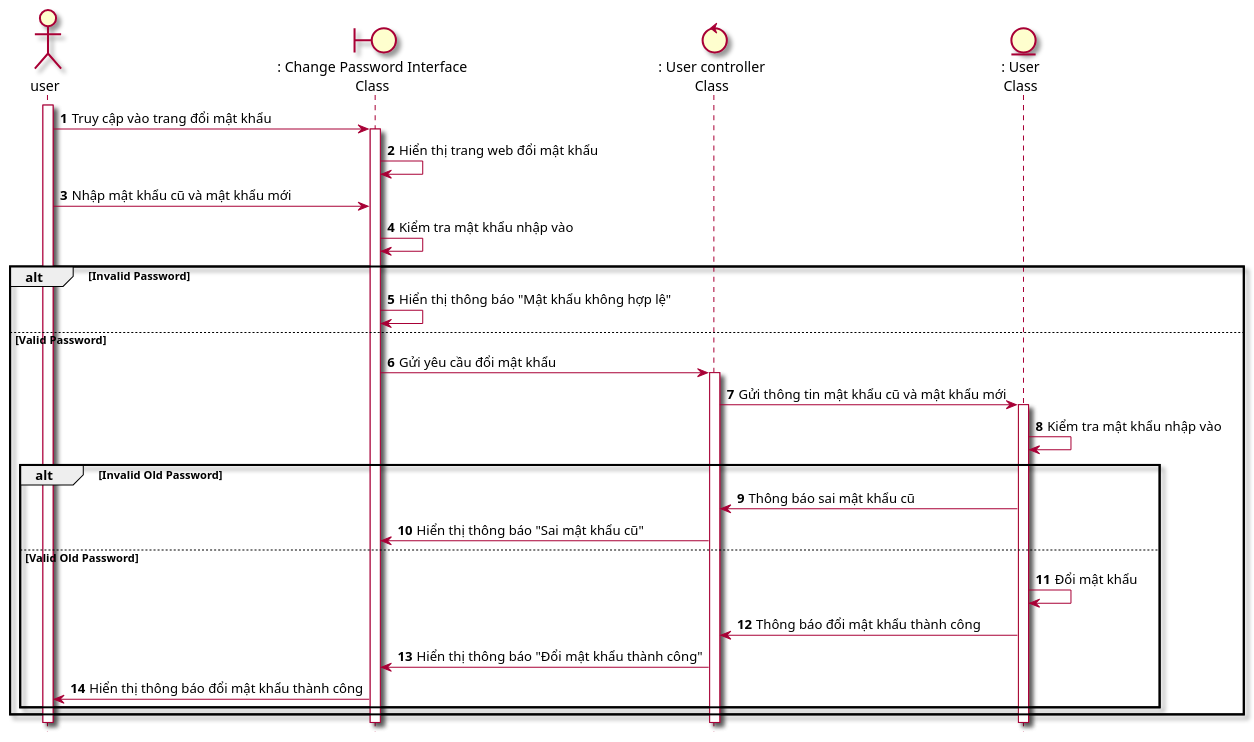
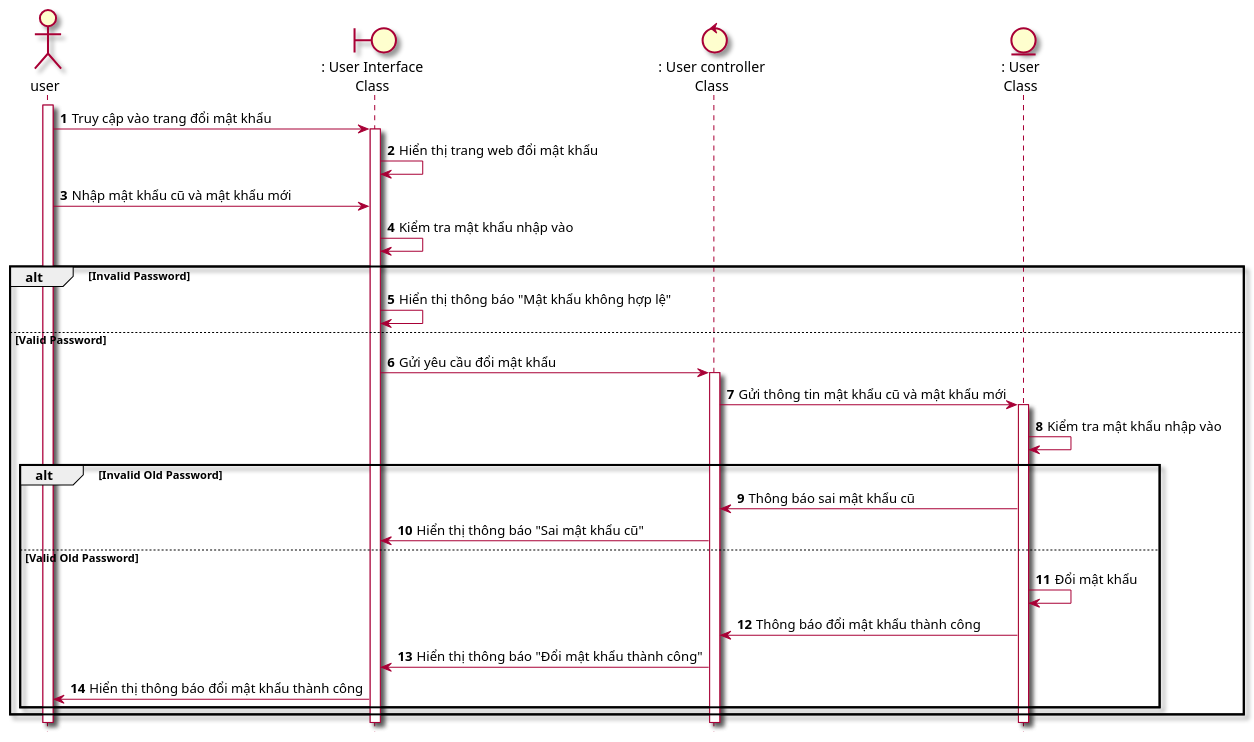
The diagram in Lab1/Lab 1.2 Diagram/Sequence/FilePUML/6.3 SeqDoiMatKhau.puml (Griselda4774/EAS-EmploymentAssistanceSystem), drawn with PlantUML before and after one commit. The commit also changed 9 other files, not shown here.

```diff
--- a/Lab1/Lab 1.2 Diagram/Sequence/FilePUML/6.3 SeqDoiMatKhau.puml
+++ b/Lab1/Lab 1.2 Diagram/Sequence/FilePUML/6.3 SeqDoiMatKhau.puml
@@ -1,30 +1,30 @@
 @startuml SeqDoiMatKhau
 skin rose 
 hide footbox
 actor user 
-boundary changePassInterface as ": Change Password Interface\nClass"
+boundary userInterface as ": User Interface\nClass"
 control userController as ": User controller\nClass"
 entity User as ": User\nClass"
 autonumber
 user++
-user -> changePassInterface++: Truy cập vào trang đổi mật khẩu
-changePassInterface-> changePassInterface: Hiển thị trang web đổi mật khẩu 
-user -> changePassInterface: Nhập mật khẩu cũ và mật khẩu mới 
-changePassInterface -> changePassInterface: Kiểm tra mật khẩu nhập vào 
+user -> userInterface++: Truy cập vào trang đổi mật khẩu
+userInterface-> userInterface: Hiển thị trang web đổi mật khẩu 
+user -> userInterface: Nhập mật khẩu cũ và mật khẩu mới 
+userInterface -> userInterface: Kiểm tra mật khẩu nhập vào 
 alt Invalid Password
-changePassInterface -> changePassInterface: Hiển thị thông báo "Mật khẩu không hợp lệ"
+userInterface -> userInterface: Hiển thị thông báo "Mật khẩu không hợp lệ"
 else Valid Password
-changePassInterface -> userController++ : Gửi yêu cầu đổi mật khẩu
+userInterface -> userController++ : Gửi yêu cầu đổi mật khẩu
 userController -> User++: Gửi thông tin mật khẩu cũ và mật khẩu mới
 User -> User: Kiểm tra mật khẩu nhập vào 
 alt Invalid Old Password
 User -> userController: Thông báo sai mật khẩu cũ
-userController -> changePassInterface: Hiển thị thông báo "Sai mật khẩu cũ"
+userController -> userInterface: Hiển thị thông báo "Sai mật khẩu cũ"
 else Valid Old Password
 User -> User: Đổi mật khẩu
 User -> userController: Thông báo đổi mật khẩu thành công
-userController -> changePassInterface: Hiển thị thông báo "Đổi mật khẩu thành công"
-changePassInterface -> user: Hiển thị thông báo đổi mật khẩu thành công
+userController -> userInterface: Hiển thị thông báo "Đổi mật khẩu thành công"
+userInterface -> user: Hiển thị thông báo đổi mật khẩu thành công
 end
 end
 @enduml
```
